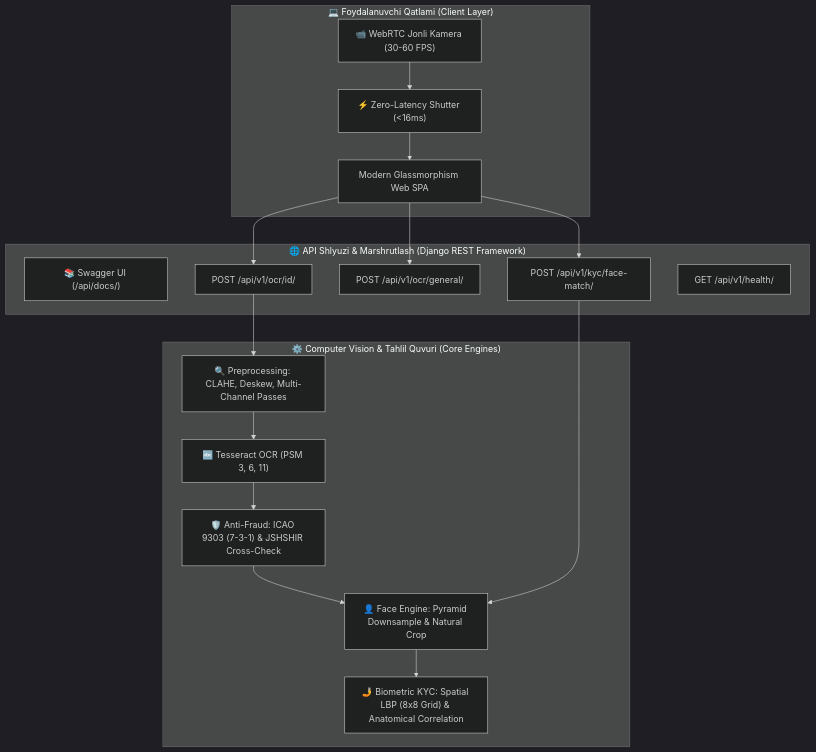
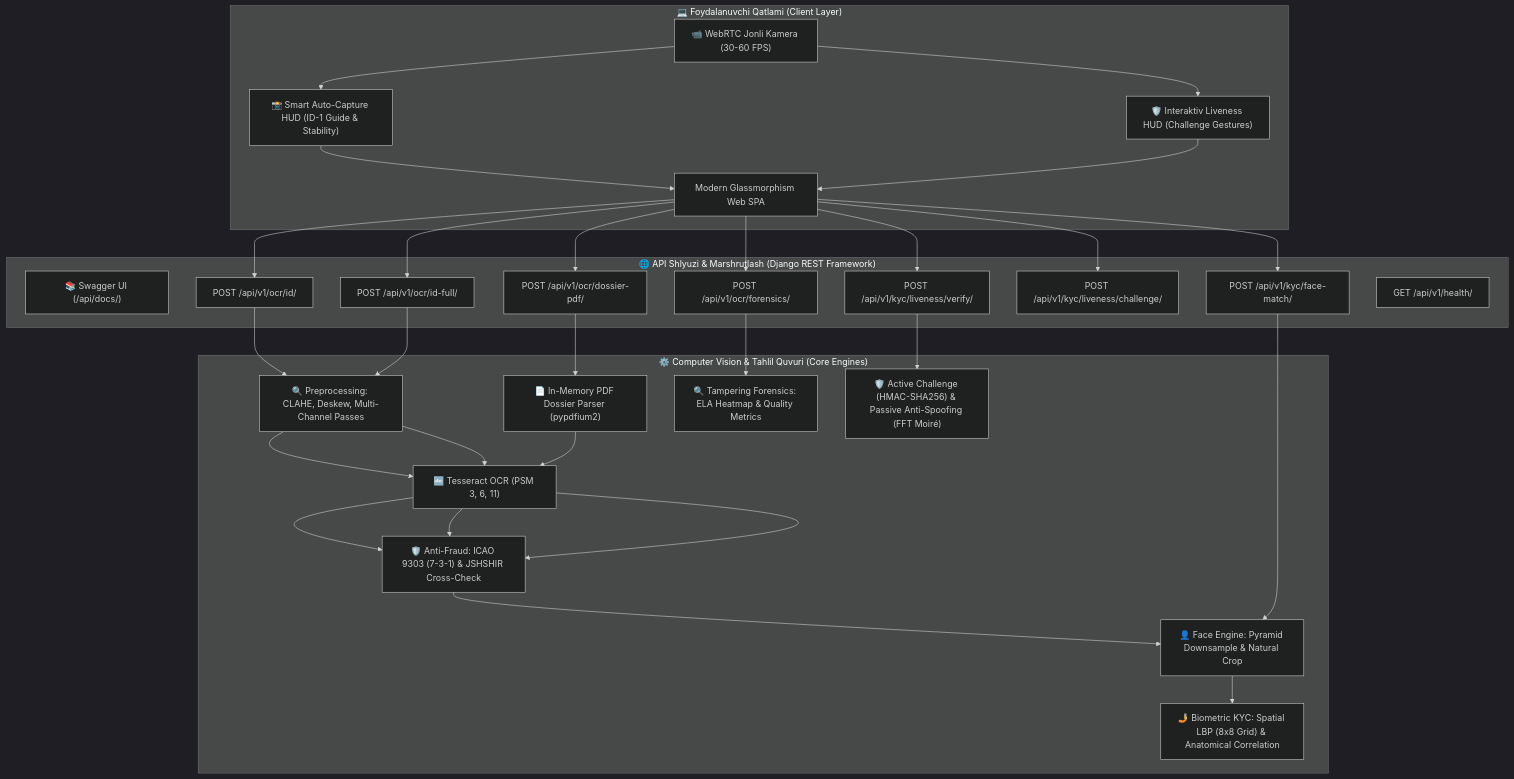
Before and after one commit to Valijon21/Passport_API: the diagram in README.md, drawn with Mermaid (dark theme). The commit also changed other lines of this file and 13 other files, not shown here.

Commit message:
feat(fintech): add active liveness, pdf dossier ocr, forensics ELA, and camera auto-capture (v1.5.0)

````diff
--- a/README.md
+++ b/README.md
@@ -27,31 +27,49 @@
 ```mermaid
 flowchart TD
     subgraph Client ["💻 Foydalanuvchi Qatlami (Client Layer)"]
         UI["Modern Glassmorphism Web SPA"]
         Cam["📹 WebRTC Jonli Kamera (30-60 FPS)"]
-        Shutter["⚡ Zero-Latency Shutter (<16ms)"]
-        Cam --> Shutter --> UI
+        HUD["📸 Smart Auto-Capture HUD (ID-1 Guide & Stability)"]
+        LiveHUD["🛡️ Interaktiv Liveness HUD (Challenge Gestures)"]
+        Cam --> HUD --> UI
+        Cam --> LiveHUD --> UI
     end
 
     subgraph Gateway ["🌐 API Shlyuzi & Marshrutlash (Django REST Framework)"]
         Docs["📚 Swagger UI (/api/docs/)"]
         EP_ID["POST /api/v1/ocr/id/"]
-        EP_Gen["POST /api/v1/ocr/general/"]
+        EP_Full["POST /api/v1/ocr/id-full/"]
+        EP_PDF["POST /api/v1/ocr/dossier-pdf/"]
+        EP_Forensics["POST /api/v1/ocr/forensics/"]
         EP_KYC["POST /api/v1/kyc/face-match/"]
+        EP_LiveC["POST /api/v1/kyc/liveness/challenge/"]
+        EP_LiveV["POST /api/v1/kyc/liveness/verify/"]
         EP_Health["GET /api/v1/health/"]
     end
 
     subgraph Pipeline ["⚙️ Computer Vision & Tahlil Quvuri (Core Engines)"]
         Pre["🔍 Preprocessing: CLAHE, Deskew, Multi-Channel Passes"]
         Tess["🔤 Tesseract OCR (PSM 3, 6, 11)"]
         Val["🛡️ Anti-Fraud: ICAO 9303 (7-3-1) & JSHSHIR Cross-Check"]
+        PDFEng["📄 In-Memory PDF Dossier Parser (pypdfium2)"]
+        ForensicEng["🔍 Tampering Forensics: ELA Heatmap & Quality Metrics"]
         Face["👤 Face Engine: Pyramid Downsample & Natural Crop"]
         Bio["🤳 Biometric KYC: Spatial LBP (8x8 Grid) & Anatomical Correlation"]
+        LiveEng["🛡️ Active Challenge (HMAC-SHA256) & Passive Anti-Spoofing (FFT Moiré)"]
     end
 
     UI --> EP_ID
-    UI --> EP_Gen
+    UI --> EP_Full
+    UI --> EP_PDF
+    UI --> EP_Forensics
     UI --> EP_KYC
+    UI --> EP_LiveC
+    UI --> EP_LiveV
+
     EP_ID --> Pre --> Tess --> Val --> Face
+    EP_Full --> Pre --> Tess --> Val
+    EP_PDF --> PDFEng --> Tess --> Val
+    EP_Forensics --> ForensicEng
     EP_KYC --> Face --> Bio
+    EP_LiveV --> LiveEng
 ```
````
